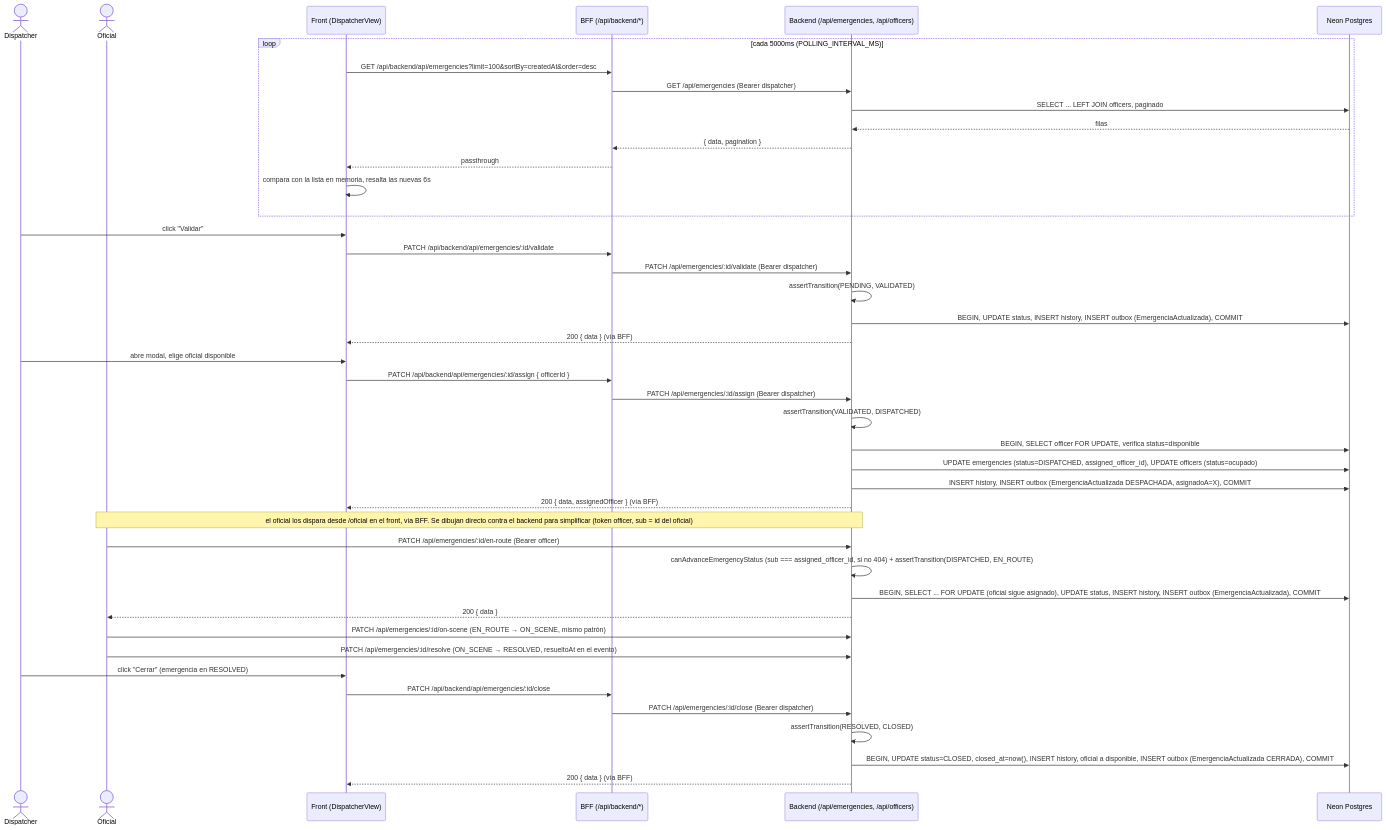
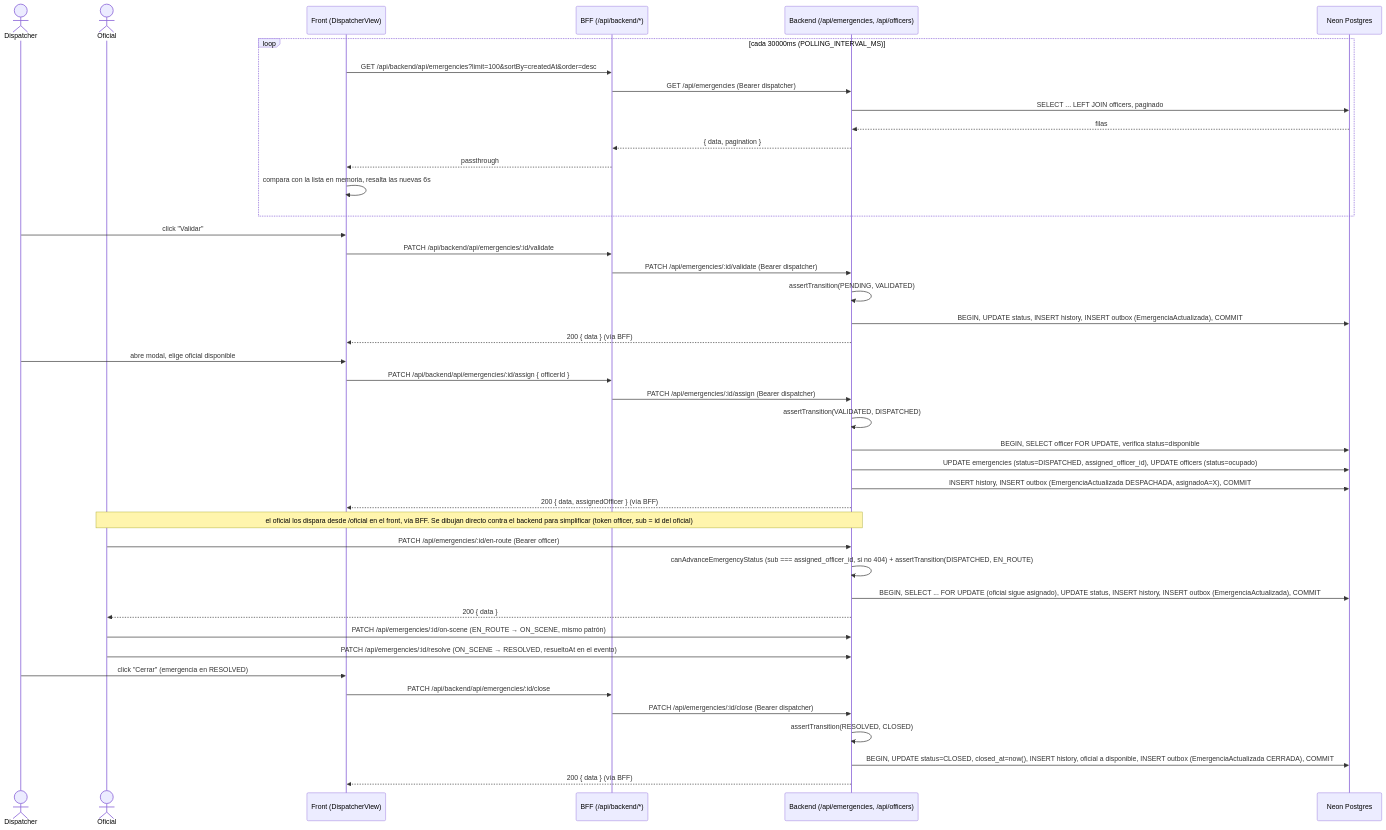
One commit to G6D2/emergencias-backend changed the second of 5 diagrams in docs/diagramas/05-secuencias.md. Above: the diagram before and after it, drawn with Mermaid. The commit also changed 7 other files, not shown here.

````diff
--- a/docs/diagramas/05-secuencias.md
+++ b/docs/diagramas/05-secuencias.md
@@ -48,50 +48,50 @@
 ```mermaid
 sequenceDiagram
     actor Dispatcher
     actor Oficial
     participant Front as Front (DispatcherView)
     participant BFF as BFF (/api/backend/*)
     participant Back as Backend (/api/emergencies, /api/officers)
     participant DB as Neon Postgres
 
-    loop cada 5000ms (POLLING_INTERVAL_MS)
+    loop cada 30000ms (POLLING_INTERVAL_MS)
         Front->>BFF: GET /api/backend/api/emergencies?limit=100&sortBy=createdAt&order=desc
         BFF->>Back: GET /api/emergencies (Bearer dispatcher)
         Back->>DB: SELECT ... LEFT JOIN officers, paginado
         DB-->>Back: filas
         Back-->>BFF: { data, pagination }
         BFF-->>Front: passthrough
         Front->>Front: compara con la lista en memoria, resalta las nuevas 6s
     end
 
     Dispatcher->>Front: click "Validar"
     Front->>BFF: PATCH /api/backend/api/emergencies/:id/validate
     BFF->>Back: PATCH /api/emergencies/:id/validate (Bearer dispatcher)
     Back->>Back: assertTransition(PENDING, VALIDATED)
     Back->>DB: BEGIN, UPDATE status, INSERT history, INSERT outbox (EmergenciaActualizada), COMMIT
     Back-->>Front: 200 { data } (vía BFF)
 
     Dispatcher->>Front: abre modal, elige oficial disponible
     Front->>BFF: PATCH /api/backend/api/emergencies/:id/assign { officerId }
     BFF->>Back: PATCH /api/emergencies/:id/assign (Bearer dispatcher)
     Back->>Back: assertTransition(VALIDATED, DISPATCHED)
     Back->>DB: BEGIN, SELECT officer FOR UPDATE, verifica status=disponible
     Back->>DB: UPDATE emergencies (status=DISPATCHED, assigned_officer_id), UPDATE officers (status=ocupado)
     Back->>DB: INSERT history, INSERT outbox (EmergenciaActualizada DESPACHADA, asignadoA=X), COMMIT
     Back-->>Front: 200 { data, assignedOfficer } (vía BFF)
 
     Note over Oficial,Back: el oficial los dispara desde /oficial en el front, vía BFF. Se dibujan directo contra el backend para simplificar (token officer, sub = id del oficial)
     Oficial->>Back: PATCH /api/emergencies/:id/en-route (Bearer officer)
     Back->>Back: canAdvanceEmergencyStatus (sub === assigned_officer_id, si no 404) + assertTransition(DISPATCHED, EN_ROUTE)
     Back->>DB: BEGIN, SELECT ... FOR UPDATE (oficial sigue asignado), UPDATE status, INSERT history, INSERT outbox (EmergenciaActualizada), COMMIT
     Back-->>Oficial: 200 { data }
     Oficial->>Back: PATCH /api/emergencies/:id/on-scene (EN_ROUTE → ON_SCENE, mismo patrón)
     Oficial->>Back: PATCH /api/emergencies/:id/resolve (ON_SCENE → RESOLVED, resueltoAt en el evento)
 
     Dispatcher->>Front: click "Cerrar" (emergencia en RESOLVED)
     Front->>BFF: PATCH /api/backend/api/emergencies/:id/close
     BFF->>Back: PATCH /api/emergencies/:id/close (Bearer dispatcher)
     Back->>Back: assertTransition(RESOLVED, CLOSED)
     Back->>DB: BEGIN, UPDATE status=CLOSED, closed_at=now(), INSERT history, oficial a disponible, INSERT outbox (EmergenciaActualizada CERRADA), COMMIT
     Back-->>Front: 200 { data } (vía BFF)
 ```
````
